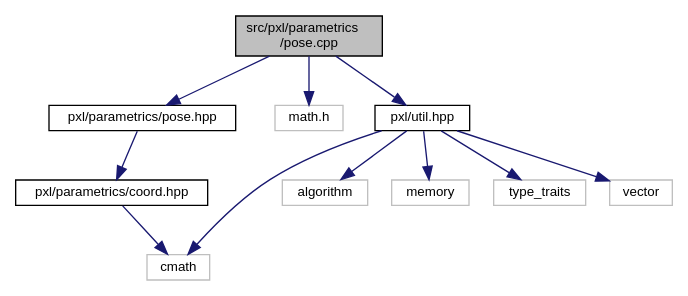
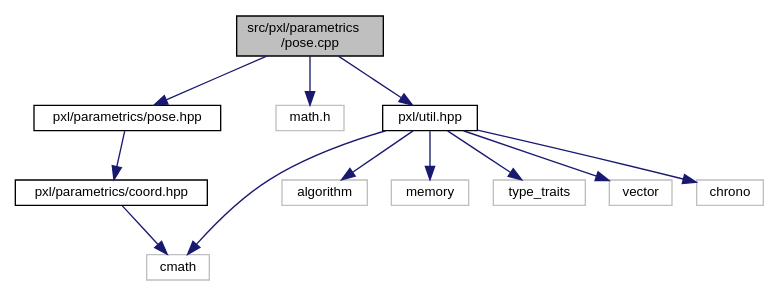
Before and after one commit to Pixel-Lib/Pixel: the diagram in pose_8cpp__incl.dot, drawn with Graphviz. The commit also changed 133 other files, not shown here.

```diff
--- a/pose_8cpp__incl.dot
+++ b/pose_8cpp__incl.dot
@@ -1,26 +1,28 @@
 digraph "src/pxl/parametrics/pose.cpp"
 {
  // LATEX_PDF_SIZE
   edge [fontname="Helvetica",fontsize="10",labelfontname="Helvetica",labelfontsize="10"];
   node [fontname="Helvetica",fontsize="10",shape=record];
   Node1 [label="src/pxl/parametrics\l/pose.cpp",height=0.2,width=0.4,color="black", fillcolor="grey75", style="filled", fontcolor="black",tooltip=" "];
   Node1 -> Node2 [color="midnightblue",fontsize="10",style="solid",fontname="Helvetica"];
   Node2 [label="pxl/parametrics/pose.hpp",height=0.2,width=0.4,color="black", fillcolor="white", style="filled",URL="$pose_8hpp.html",tooltip=" "];
   Node2 -> Node3 [color="midnightblue",fontsize="10",style="solid",fontname="Helvetica"];
   Node3 [label="pxl/parametrics/coord.hpp",height=0.2,width=0.4,color="black", fillcolor="white", style="filled",URL="$coord_8hpp.html",tooltip=" "];
   Node3 -> Node4 [color="midnightblue",fontsize="10",style="solid",fontname="Helvetica"];
   Node4 [label="cmath",height=0.2,width=0.4,color="grey75", fillcolor="white", style="filled",tooltip=" "];
   Node1 -> Node5 [color="midnightblue",fontsize="10",style="solid",fontname="Helvetica"];
   Node5 [label="math.h",height=0.2,width=0.4,color="grey75", fillcolor="white", style="filled",tooltip=" "];
   Node1 -> Node6 [color="midnightblue",fontsize="10",style="solid",fontname="Helvetica"];
   Node6 [label="pxl/util.hpp",height=0.2,width=0.4,color="black", fillcolor="white", style="filled",URL="$util_8hpp.html",tooltip=" "];
   Node6 -> Node7 [color="midnightblue",fontsize="10",style="solid",fontname="Helvetica"];
   Node7 [label="algorithm",height=0.2,width=0.4,color="grey75", fillcolor="white", style="filled",tooltip=" "];
   Node6 -> Node4 [color="midnightblue",fontsize="10",style="solid",fontname="Helvetica"];
   Node6 -> Node8 [color="midnightblue",fontsize="10",style="solid",fontname="Helvetica"];
   Node8 [label="memory",height=0.2,width=0.4,color="grey75", fillcolor="white", style="filled",tooltip=" "];
   Node6 -> Node9 [color="midnightblue",fontsize="10",style="solid",fontname="Helvetica"];
   Node9 [label="type_traits",height=0.2,width=0.4,color="grey75", fillcolor="white", style="filled",tooltip=" "];
   Node6 -> Node10 [color="midnightblue",fontsize="10",style="solid",fontname="Helvetica"];
   Node10 [label="vector",height=0.2,width=0.4,color="grey75", fillcolor="white", style="filled",tooltip=" "];
+  Node6 -> Node11 [color="midnightblue",fontsize="10",style="solid",fontname="Helvetica"];
+  Node11 [label="chrono",height=0.2,width=0.4,color="grey75", fillcolor="white", style="filled",tooltip=" "];
 }
```
